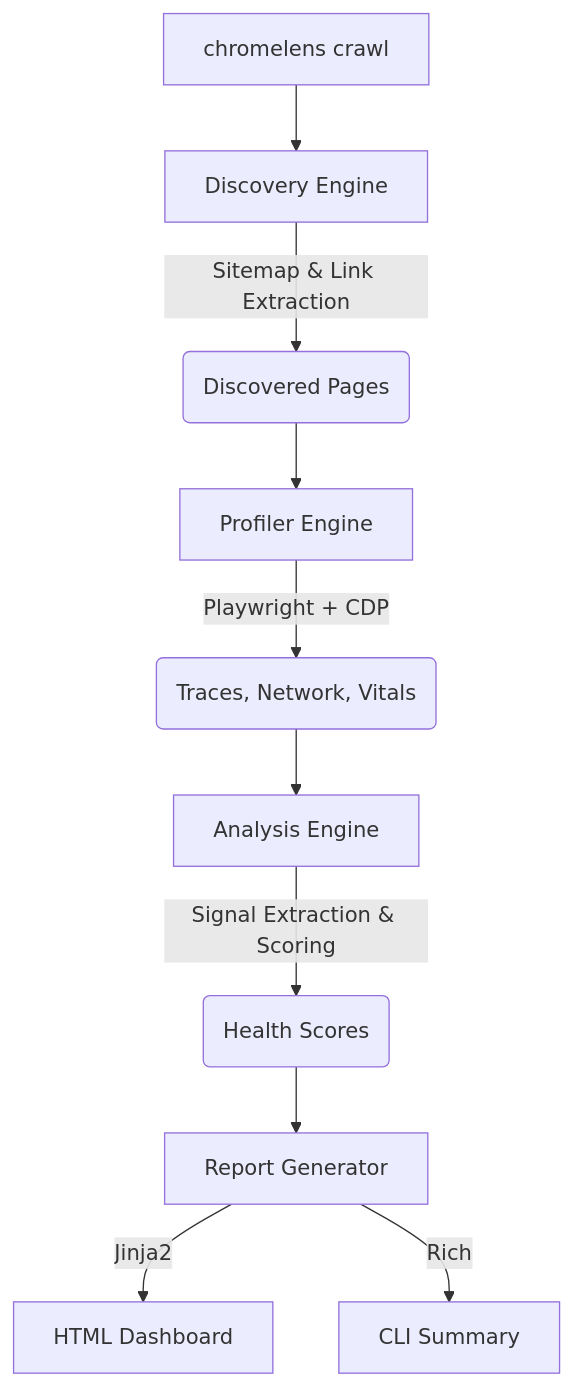
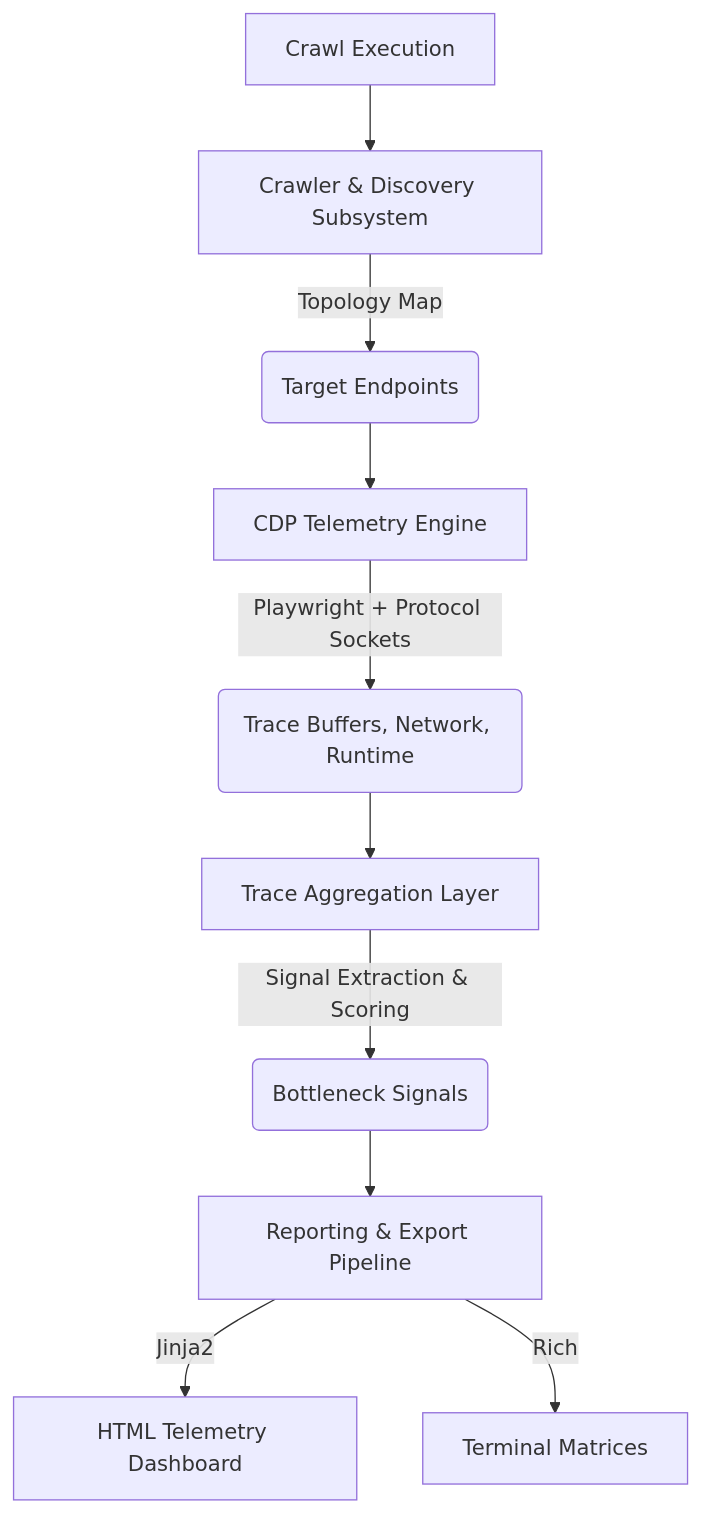
The diagram in README.md (manishklach/chromelens), drawn with Mermaid before and after one commit. The commit also changed other lines of this file and 5 other files, not shown here.

Commit message:
docs: Complete brand, architecture, and GitHub Pages overhaul

````diff
--- a/README.md
+++ b/README.md
@@ -40,12 +48,12 @@
 ```mermaid
 graph TD
-    A[chromelens crawl] --> B[Discovery Engine]
-    B -->|Sitemap & Link Extraction| C(Discovered Pages)
-    C --> D[Profiler Engine]
-    D -->|Playwright + CDP| E(Traces, Network, Vitals)
-    E --> F[Analysis Engine]
-    F -->|Signal Extraction & Scoring| G(Health Scores)
-    G --> H[Report Generator]
-    H -->|Jinja2| I[HTML Dashboard]
-    H -->|Rich| J[CLI Summary]
+    A[Crawl Execution] --> B[Crawler & Discovery Subsystem]
+    B -->|Topology Map| C(Target Endpoints)
+    C --> D[CDP Telemetry Engine]
+    D -->|Playwright + Protocol Sockets| E(Trace Buffers, Network, Runtime)
+    E --> F[Trace Aggregation Layer]
+    F -->|Signal Extraction & Scoring| G(Bottleneck Signals)
+    G --> H[Reporting & Export Pipeline]
+    H -->|Jinja2| I[HTML Telemetry Dashboard]
+    H -->|Rich| J[Terminal Matrices]
 ```
````
